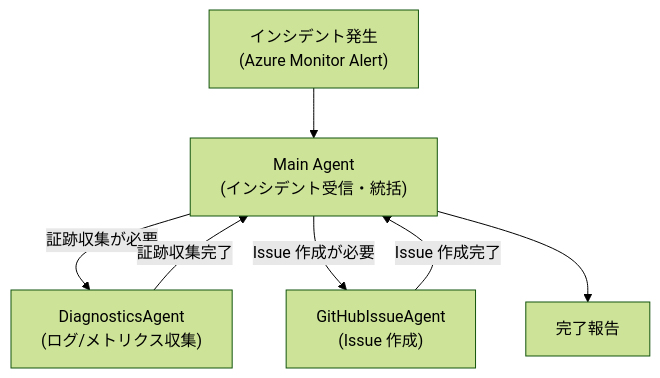
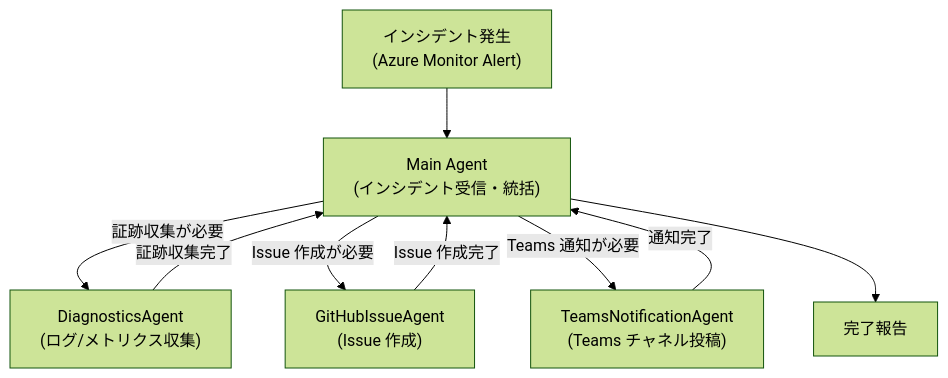
One commit to TakumiSeo/Tech-BLOG changed diagram 12 of 16 in content/posts/ja-jp/sre-agent-planning.md. Above: the diagram before and after it, drawn with Mermaid (forest theme). The commit also changed other lines of this file and 2 other files, not shown here.

````diff
--- a/content/posts/ja-jp/sre-agent-planning.md
+++ b/content/posts/ja-jp/sre-agent-planning.md
@@ -1227,9 +1227,11 @@
 ```mermaid
 flowchart TD
   Incident["インシデント発生\n(Azure Monitor Alert)"] --> Main["Main Agent\n(インシデント受信・統括)"]
   Main -->|証跡収集が必要| Diag["DiagnosticsAgent\n(ログ/メトリクス収集)"]
   Diag -->|証跡収集完了| Main
   Main -->|Issue 作成が必要| GH["GitHubIssueAgent\n(Issue 作成)"]
   GH -->|Issue 作成完了| Main
+  Main -->|Teams 通知が必要| Teams["TeamsNotificationAgent\n(Teams チャネル投稿)"]
+  Teams -->|通知完了| Main
   Main --> Done["完了報告"]
 ```
````
